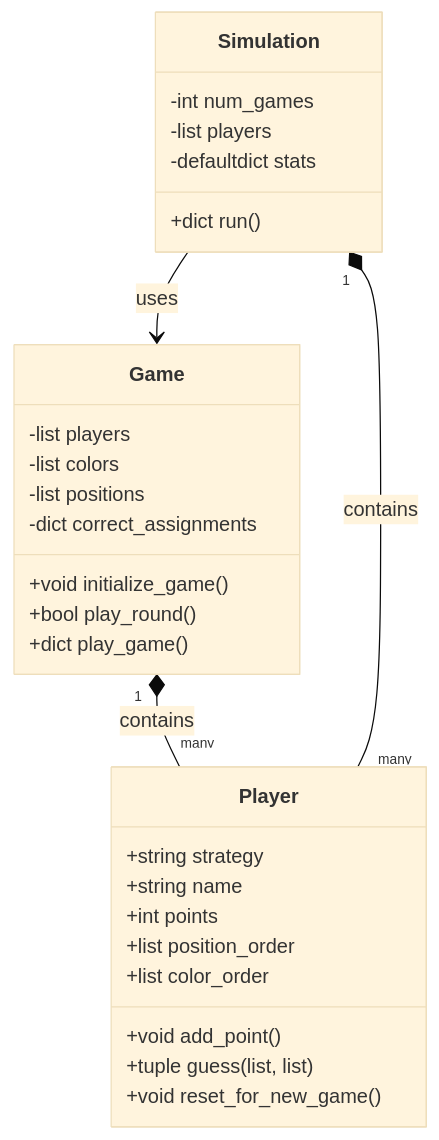
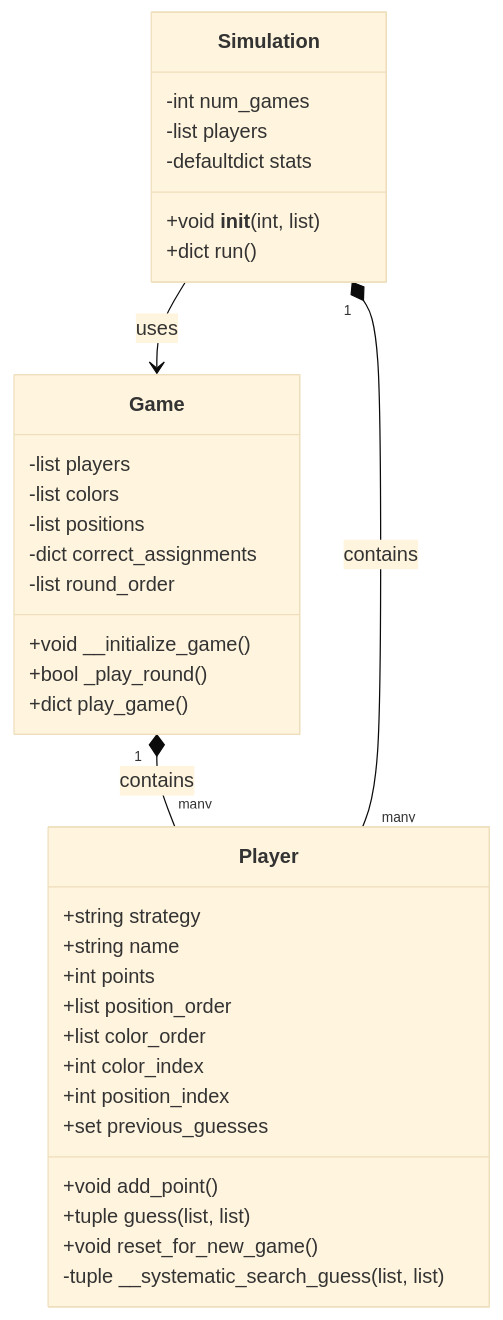
Before and after one commit to Tyler-Alcorn/match_the_drink: the second of 2 diagrams in README.md, drawn with Mermaid (base theme). The commit also changed other lines of this file and 5 other files, not shown here.

````diff
--- a/README.md
+++ b/README.md
@@ -18,32 +25,38 @@
 ```mermaid
 classDiagram
       class Player{
           +string strategy
           +string name
           +int points
           +list position_order
           +list color_order
+          +int color_index
+          +int position_index
+          +set previous_guesses
           +void add_point()
           +tuple guess(list, list)
           +void reset_for_new_game()
+          -tuple __systematic_search_guess(list, list)
       }
       class Game{
           -list players
           -list colors
           -list positions
           -dict correct_assignments
-          +void initialize_game()
-          +bool play_round()
+          -list round_order
+          +void __initialize_game()
+          +bool _play_round()
           +dict play_game()
       }
       class Simulation{
           -int num_games
           -list players
           -defaultdict stats
+          +void __init__(int, list)
           +dict run()
       }
       Game "1" *-- "many" Player : contains
       Simulation "1" *-- "many" Player : contains
       Simulation --> Game : uses
 
 ```
````
